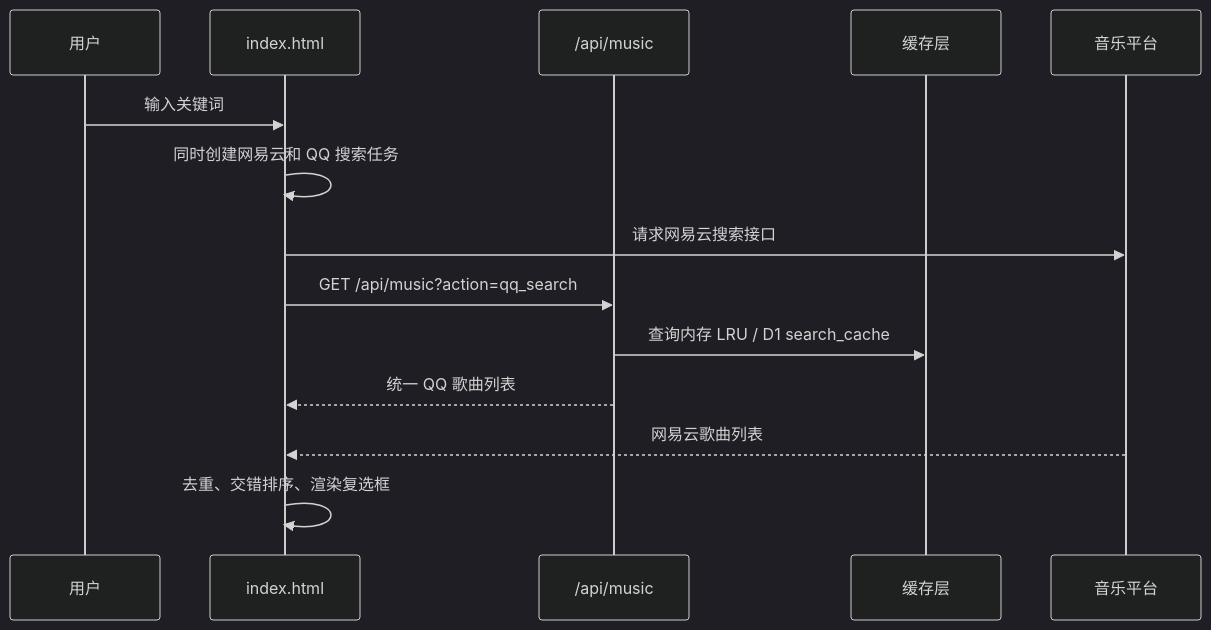
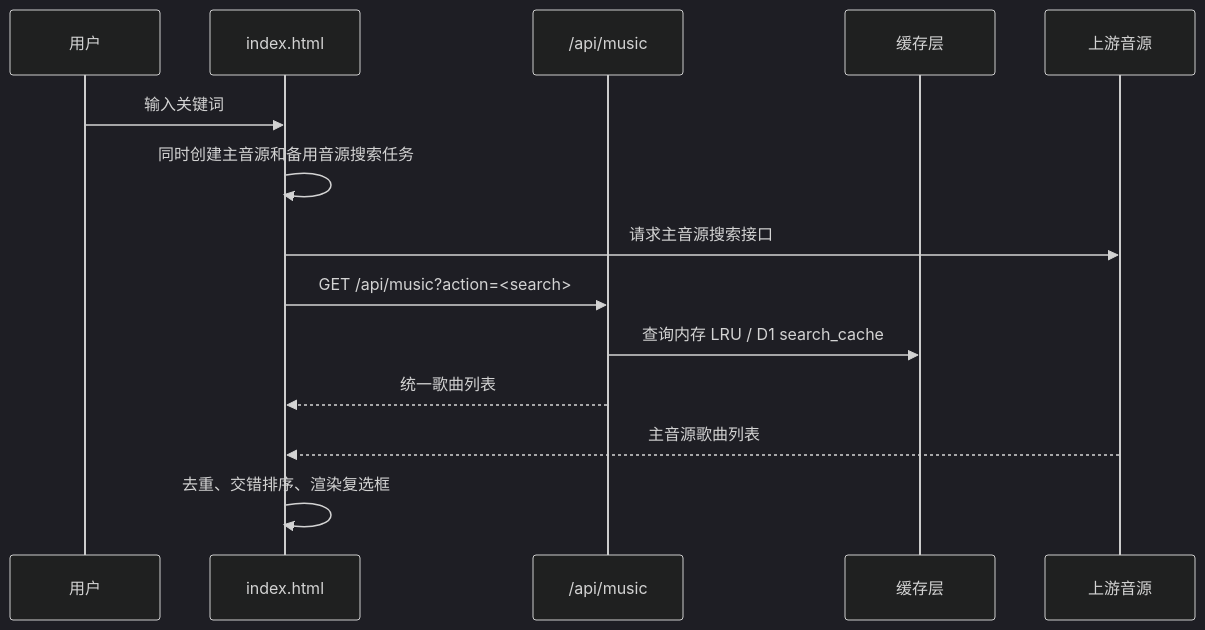
Before and after one commit to zhoujungis/halo_music: the third of 4 diagrams in README.md, drawn with Mermaid (dark theme). The commit also changed other lines of this file and 32 other files, not shown here.

````diff
--- a/README.md
+++ b/README.md
@@ -164,16 +183,16 @@
 ```mermaid
 sequenceDiagram
     participant U as 用户
     participant V as index.html
     participant F as /api/music
     participant C as 缓存层
-    participant P as 音乐平台
+    participant P as 上游音源
     U->>V: 输入关键词
-    V->>V: 同时创建网易云和 QQ 搜索任务
-    V->>P: 请求网易云搜索接口
-    V->>F: GET /api/music?action=qq_search
+    V->>V: 同时创建主音源和备用音源搜索任务
+    V->>P: 请求主音源搜索接口
+    V->>F: GET /api/music?action=<search>
     F->>C: 查询内存 LRU / D1 search_cache
-    F-->>V: 统一 QQ 歌曲列表
-    P-->>V: 网易云歌曲列表
+    F-->>V: 统一歌曲列表
+    P-->>V: 主音源歌曲列表
     V->>V: 去重、交错排序、渲染复选框
 ```
````
